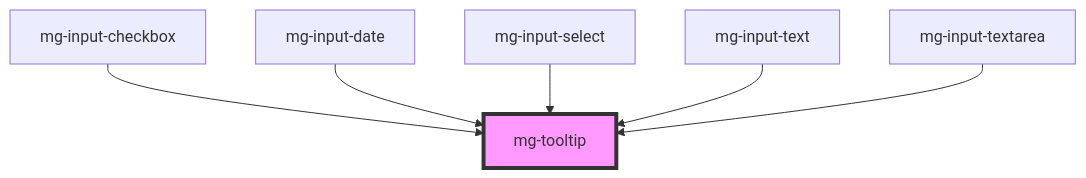
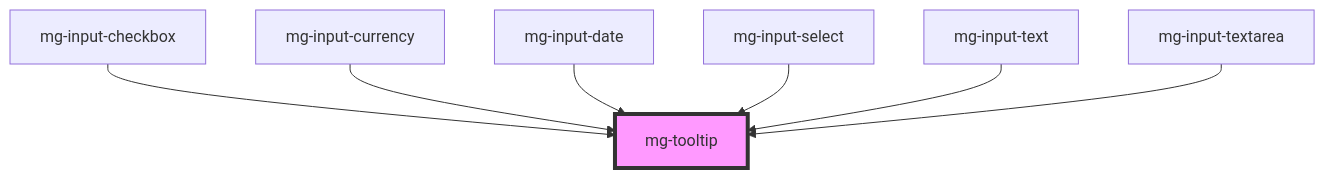
One commit to MGDIS/mg-components changed the diagram in src/components/atoms/mg-tooltip/readme.md. Above: the diagram before and after it, drawn with Mermaid. The commit also changed other lines of this file and 43 other files, not shown here.

First line of the commit message:
feat(mg-input-currency): add molecule

````diff
--- a/src/components/atoms/mg-tooltip/readme.md
+++ b/src/components/atoms/mg-tooltip/readme.md
@@ -27,9 +28,10 @@
 ```mermaid
 graph TD;
   mg-input-checkbox --> mg-tooltip
+  mg-input-currency --> mg-tooltip
   mg-input-date --> mg-tooltip
   mg-input-select --> mg-tooltip
   mg-input-text --> mg-tooltip
   mg-input-textarea --> mg-tooltip
   style mg-tooltip fill:#f9f,stroke:#333,stroke-width:4px
 ```
````
